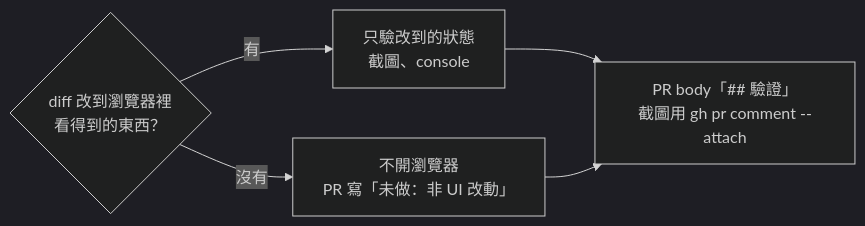
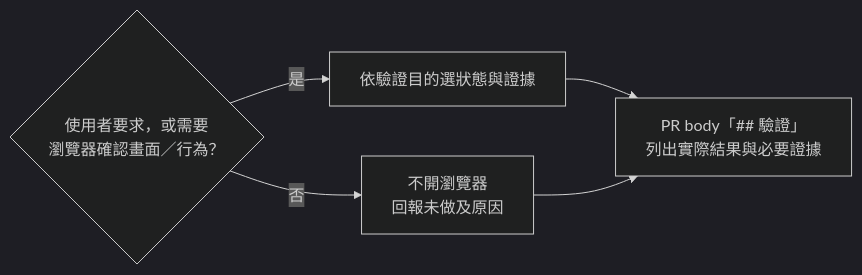
One commit to henry5720/agent-config changed the diagram in docs/skills/verify-in-browser.md. Above: the diagram before and after it, drawn with Mermaid (dark theme). The commit also changed other lines of this file and 2 other files, not shown here.

````diff
--- a/docs/skills/verify-in-browser.md
+++ b/docs/skills/verify-in-browser.md
@@ -26,8 +29,8 @@
 ```mermaid
 flowchart LR
-  D{"diff 改到瀏覽器裡<br/>看得到的東西？"}
-  D -- 有 --> V["只驗改到的狀態<br/>截圖、console"]
-  D -- 沒有 --> S["不開瀏覽器<br/>PR 寫「未做：非 UI 改動」"]
-  V --> P["PR body「## 驗證」<br/>截圖用 gh pr comment --attach"]
+  D{"使用者要求，或需要<br/>瀏覽器確認畫面／行為？"}
+  D -- 是 --> V["依驗證目的選狀態與證據"]
+  D -- 否 --> S["不開瀏覽器<br/>回報未做及原因"]
+  V --> P["PR body「## 驗證」<br/>列出實際結果與必要證據"]
   S --> P
 ```
````
